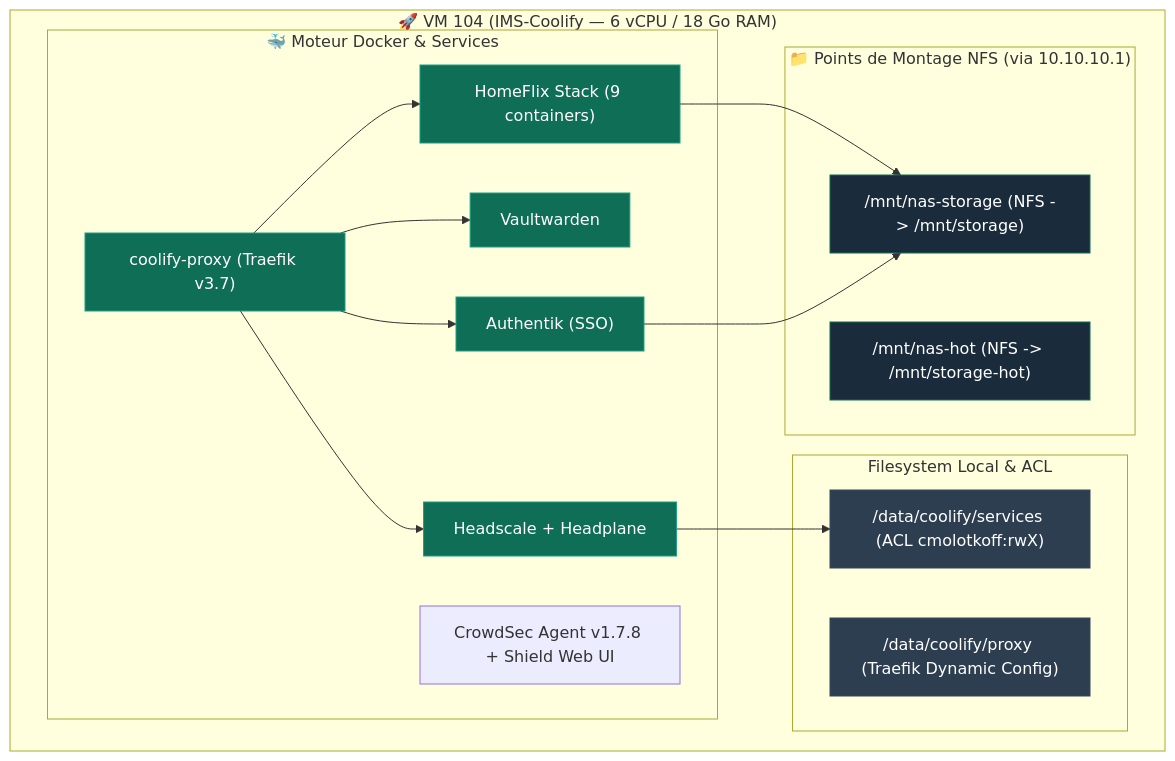
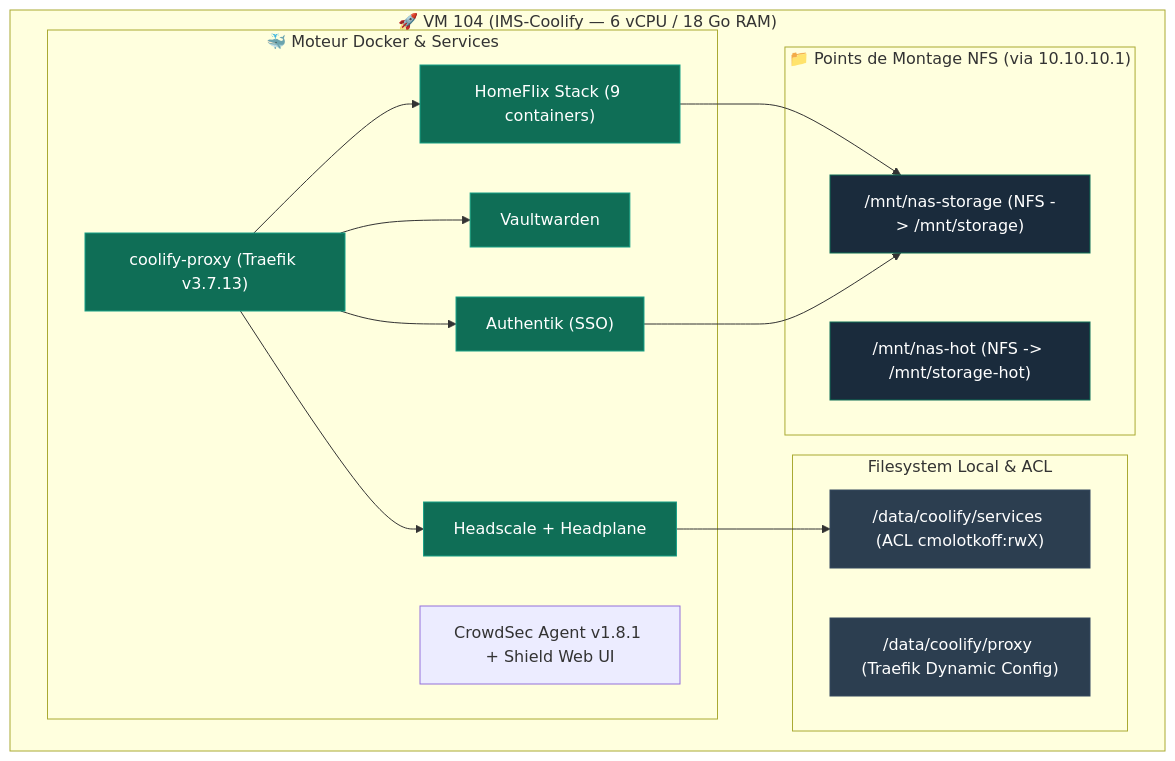
The diagram in infrastructure/vm-coolify.md (ims-world/docs), drawn with Mermaid before and after one commit. The commit also changed 1 other file, not shown here.

Commit message:
docs: mise a jour du proxy Coolify Traefik vers v3.7.13

````diff
--- a/infrastructure/vm-coolify.md
+++ b/infrastructure/vm-coolify.md
@@ -35,39 +35,39 @@
 ```mermaid
 graph TD
     subgraph VM ["🚀 VM 104 (IMS-Coolify — 6 vCPU / 18 Go RAM)"]
         subgraph FS ["Filesystem Local & ACL"]
             DATA["/data/coolify/services (ACL cmolotkoff:rwX)"]
             PROXY_CFG["/data/coolify/proxy (Traefik Dynamic Config)"]
         end
 
         subgraph DOCKER ["🐳 Moteur Docker & Services"]
-            TRAEFIK["coolify-proxy (Traefik v3.7)"]
+            TRAEFIK["coolify-proxy (Traefik v3.7.13)"]
             AUTH["Authentik (SSO)"]
             VAULT["Vaultwarden"]
             HOMEFLIX["HomeFlix Stack (9 containers)"]
             HEADSCALE["Headscale + Headplane"]
-            CROWDSEC["CrowdSec Agent v1.7.8 + Shield Web UI"]
+            CROWDSEC["CrowdSec Agent v1.8.1 + Shield Web UI"]
         end
 
         subgraph NFS_MNT ["📁 Points de Montage NFS (via 10.10.10.1)"]
             MNT_STOR["/mnt/nas-storage (NFS -> /mnt/storage)"]
             MNT_HOT["/mnt/nas-hot (NFS -> /mnt/storage-hot)"]
         end
     end
 
     TRAEFIK --> AUTH
     TRAEFIK --> VAULT
     TRAEFIK --> HOMEFLIX
     TRAEFIK --> HEADSCALE
 
     HOMEFLIX --> MNT_STOR
     AUTH --> MNT_STOR
     HEADSCALE --> DATA
 
     classDef vm fill:#2c3e50,stroke:#34495e,color:#fff;
     classDef docker fill:#0F6E56,stroke:#16A085,color:#fff;
     classDef nfs fill:#1a2b3c,stroke:#0F6E56,color:#fff;
     class DATA,PROXY_CFG vm;
     class TRAEFIK,AUTH,VAULT,HOMEFLIX,HEADSCALE docker;
     class MNT_STOR,MNT_HOT nfs;
 ```
````
